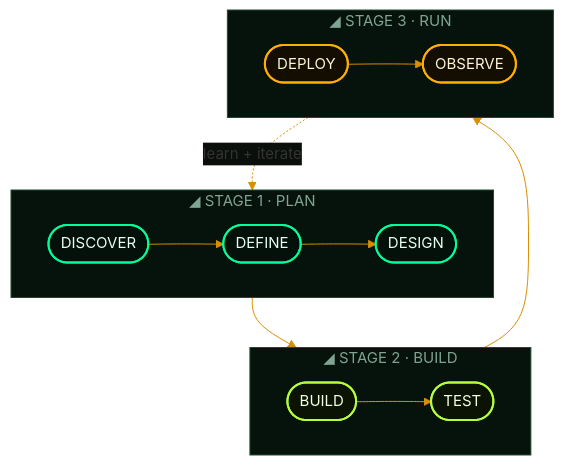
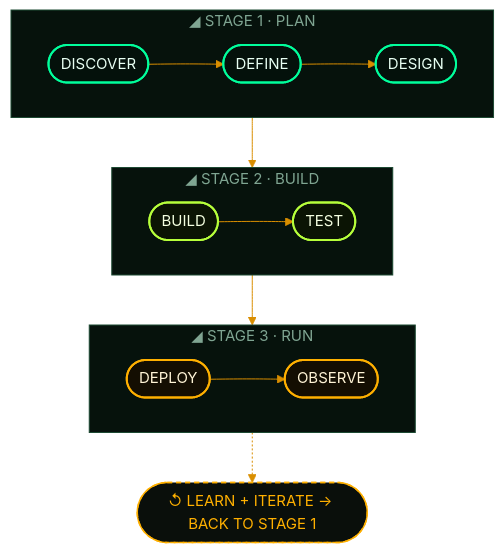
The second of 3 diagrams in README.md (kawincodes/kawincodes), drawn with Mermaid before and after one commit. The commit also changed other lines of this file, not shown here.

First line of the commit message:
Fix diagram layout and mind-map colours

````diff
--- a/README.md
+++ b/README.md
@@ -338,21 +343,22 @@
 ```mermaid
-%%{init: {'theme':'base', 'themeVariables': {'fontSize':'15px', 'lineColor':'#D98E00', 'textColor':'#FFB000', 'edgeLabelBackground':'#0A0F0B', 'clusterBkg':'#06120C', 'clusterBorder':'#1D4A33', 'titleColor':'#7FA592'}}}%%
+%%{init: {'theme':'base', 'themeVariables': {'fontSize':'15px', 'lineColor':'#D98E00', 'clusterBkg':'#06120C', 'clusterBorder':'#1D4A33', 'titleColor':'#7FA592'}}}%%
 flowchart TB
     subgraph PLAN ["◢ STAGE 1 · PLAN"]
         direction LR
         D(["DISCOVER"]):::g --> F(["DEFINE"]):::g --> S(["DESIGN"]):::g
     end
     subgraph MAKE ["◢ STAGE 2 · BUILD"]
         direction LR
         B(["BUILD"]):::l --> T(["TEST"]):::l
     end
     subgraph RUN ["◢ STAGE 3 · RUN"]
         direction LR
         R(["DEPLOY"]):::a --> O(["OBSERVE"]):::a
     end
     PLAN --> MAKE --> RUN
-    RUN -. "learn + iterate" .-> PLAN
+    RUN -.-> L(["↺ LEARN + ITERATE → BACK TO STAGE 1"]):::loop
     classDef g fill:#04110B,stroke:#00FF9C,stroke-width:2px,color:#E8FFF3
     classDef l fill:#0B1404,stroke:#B6FF3B,stroke-width:2px,color:#F4FFE0
     classDef a fill:#140E02,stroke:#FFB000,stroke-width:2px,color:#FFF4D6
+    classDef loop fill:#0A0F0B,stroke:#FFB000,stroke-width:1.5px,stroke-dasharray:5 4,color:#FFB000
 ```
````
